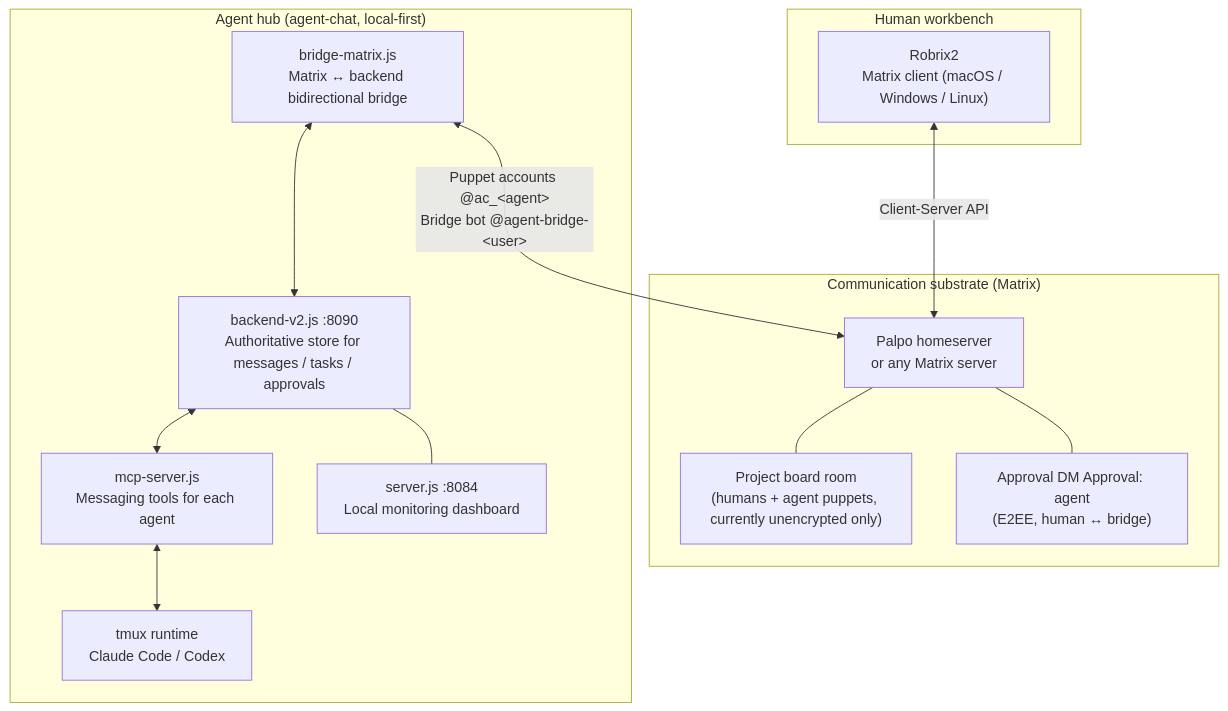
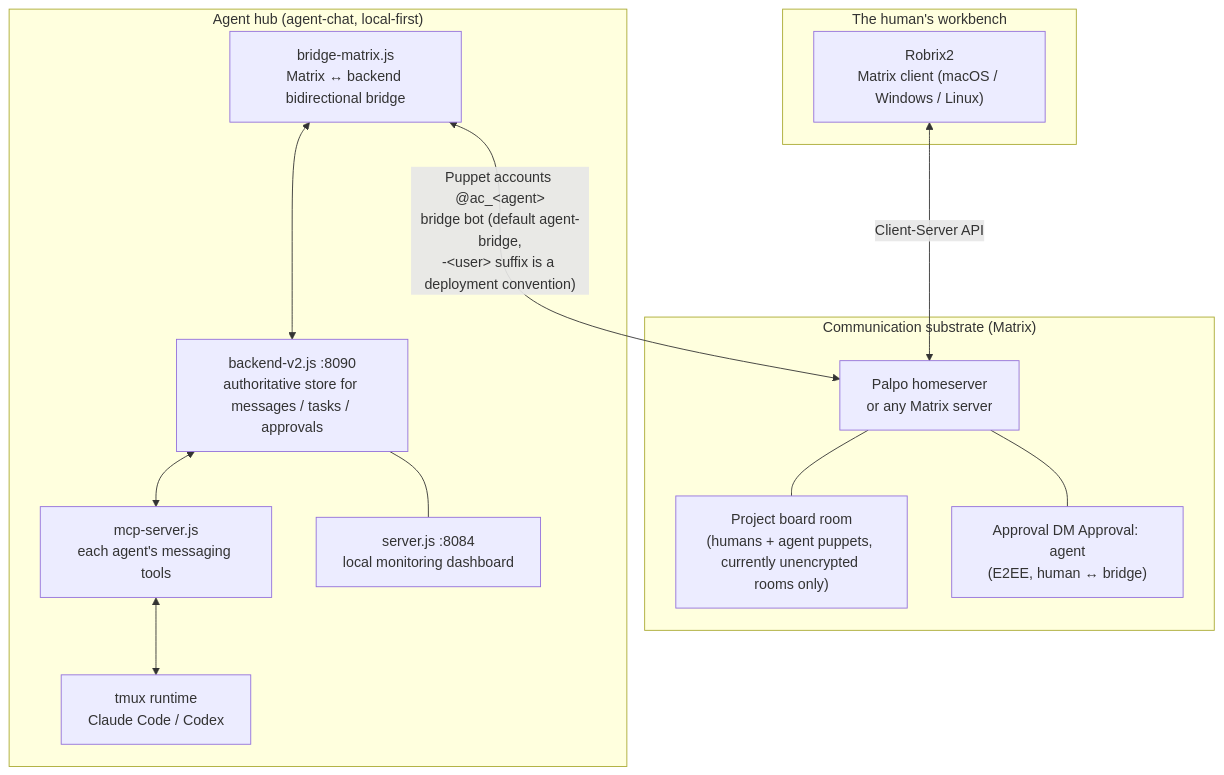
One commit to Project-Robius-China/robrix2 changed the diagram in book/en/src/part2/concept.md. Above: the diagram before and after it, drawn with Mermaid. The commit also changed other lines of this file and 17 other files, not shown here.

````diff
--- a/book/en/src/part2/concept.md
+++ b/book/en/src/part2/concept.md
@@ -20,29 +20,29 @@
 ```mermaid
 flowchart TB
-    subgraph human["Human workbench"]
+    subgraph human["The human's workbench"]
         R["Robrix2<br/>Matrix client (macOS / Windows / Linux)"]
     end
 
     subgraph matrix["Communication substrate (Matrix)"]
         P["Palpo homeserver<br/>or any Matrix server"]
-        room["Project board room<br/>(humans + agent puppets, currently unencrypted only)"]
+        room["Project board room<br/>(humans + agent puppets, currently unencrypted rooms only)"]
         appr["Approval DM Approval: agent<br/>(E2EE, human ↔ bridge)"]
         P --- room
         P --- appr
     end
 
     subgraph ac["Agent hub (agent-chat, local-first)"]
         BR["bridge-matrix.js<br/>Matrix ↔ backend bidirectional bridge"]
-        BE["backend-v2.js :8090<br/>Authoritative store for messages / tasks / approvals"]
-        MCP["mcp-server.js<br/>Messaging tools for each agent"]
+        BE["backend-v2.js :8090<br/>authoritative store for messages / tasks / approvals"]
+        MCP["mcp-server.js<br/>each agent's messaging tools"]
         TMUX["tmux runtime<br/>Claude Code / Codex"]
-        DASH["server.js :8084<br/>Local monitoring dashboard"]
+        DASH["server.js :8084<br/>local monitoring dashboard"]
         BR <--> BE
         BE <--> MCP
         MCP <--> TMUX
         BE --- DASH
     end
 
     R <-->|Client-Server API| P
-    BR <-->|"Puppet accounts @ac_&lt;agent&gt;<br/>Bridge bot @agent-bridge-&lt;user&gt;"| P
+    BR <-->|"Puppet accounts @ac_&lt;agent&gt;<br/>bridge bot (default agent-bridge,<br/>-&lt;user&gt; suffix is a deployment convention)"| P
 ```
````
